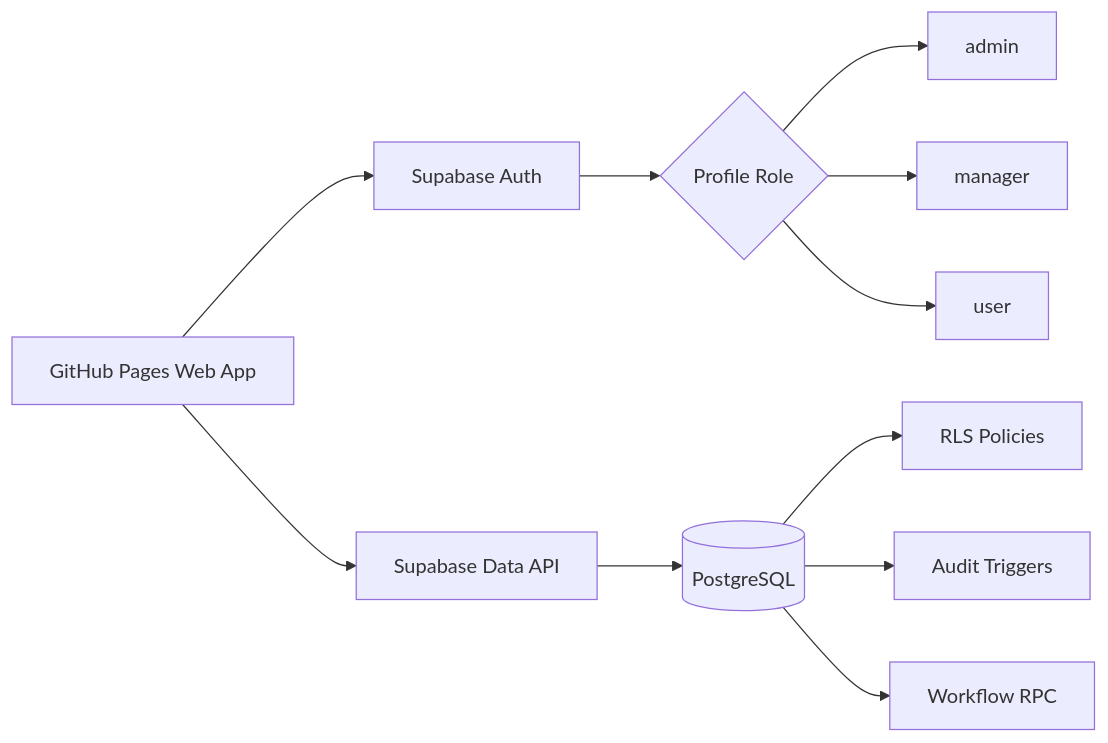
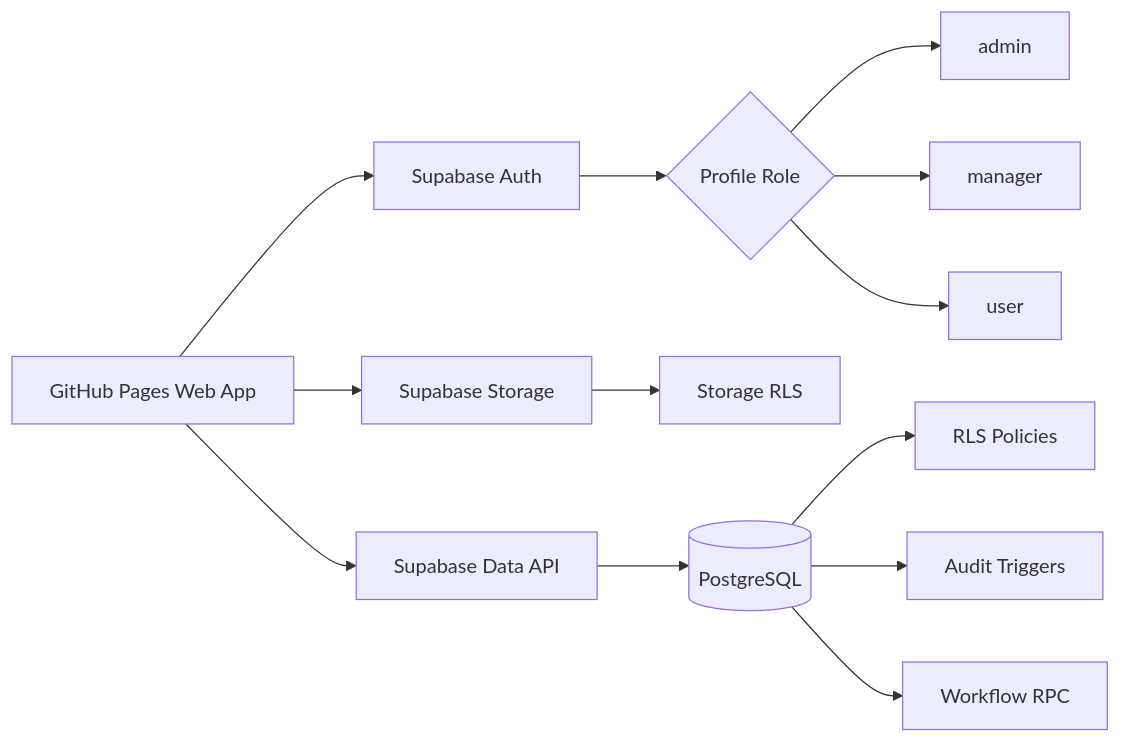
The first of 3 diagrams in README.md (suttipat-cmd/fi-customer-tracking), drawn with Mermaid before and after one commit. The commit also changed other lines of this file and 3 other files, not shown here.

````diff
--- a/README.md
+++ b/README.md
@@ -145,14 +172,16 @@
 ```mermaid
 flowchart LR
     WEB[GitHub Pages Web App] --> AUTH[Supabase Auth]
     WEB --> API[Supabase Data API]
+    WEB --> STORAGE[Supabase Storage]
     API --> DB[(PostgreSQL)]
+    STORAGE --> STORAGE_RLS[Storage RLS]
     DB --> RLS[RLS Policies]
     DB --> AUDIT[Audit Triggers]
     DB --> RPC[Workflow RPC]
 
     AUTH --> ROLE{Profile Role}
     ROLE --> ADMIN[admin]
     ROLE --> MANAGER[manager]
     ROLE --> USER[user]
 ```
````
